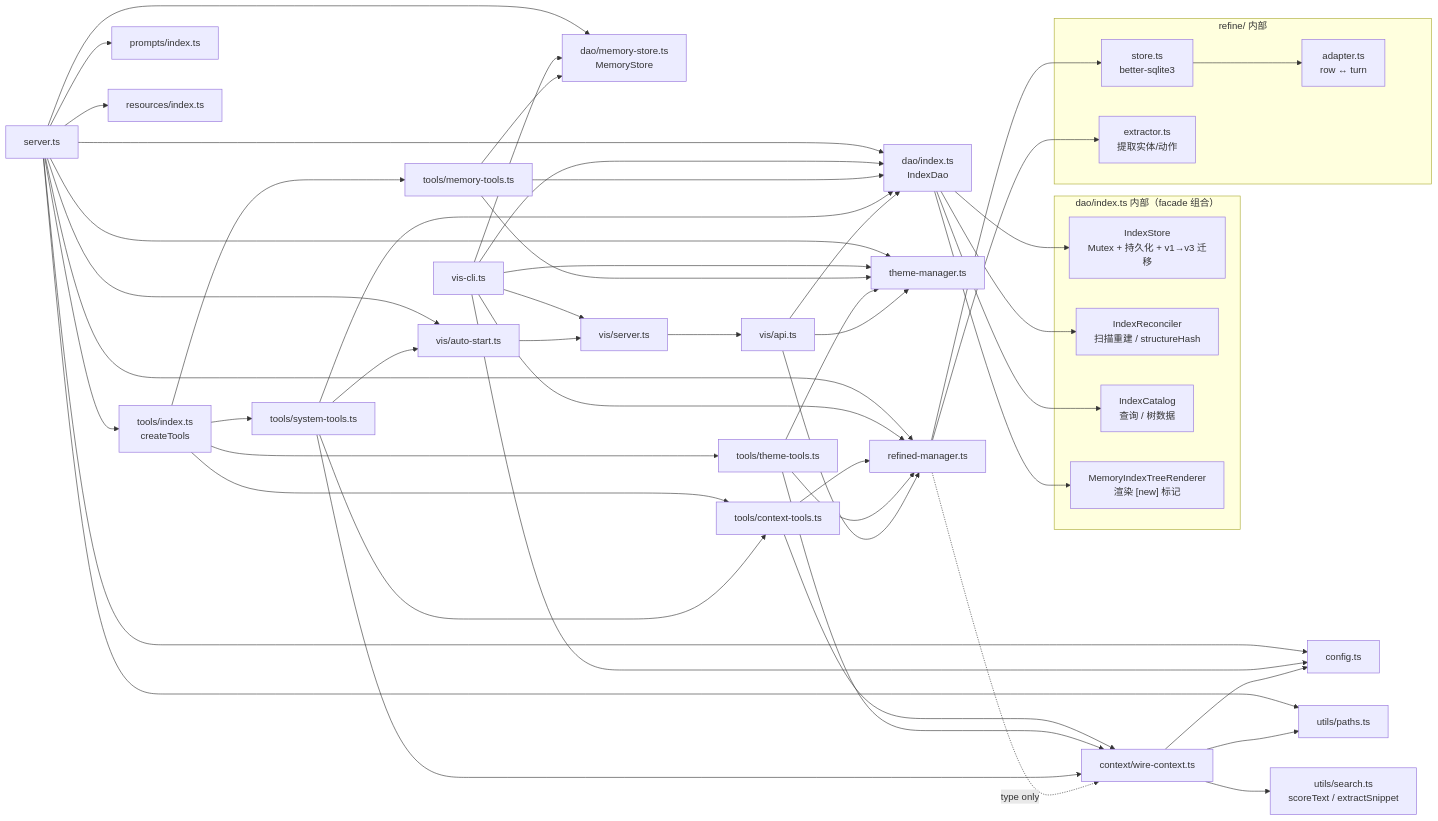
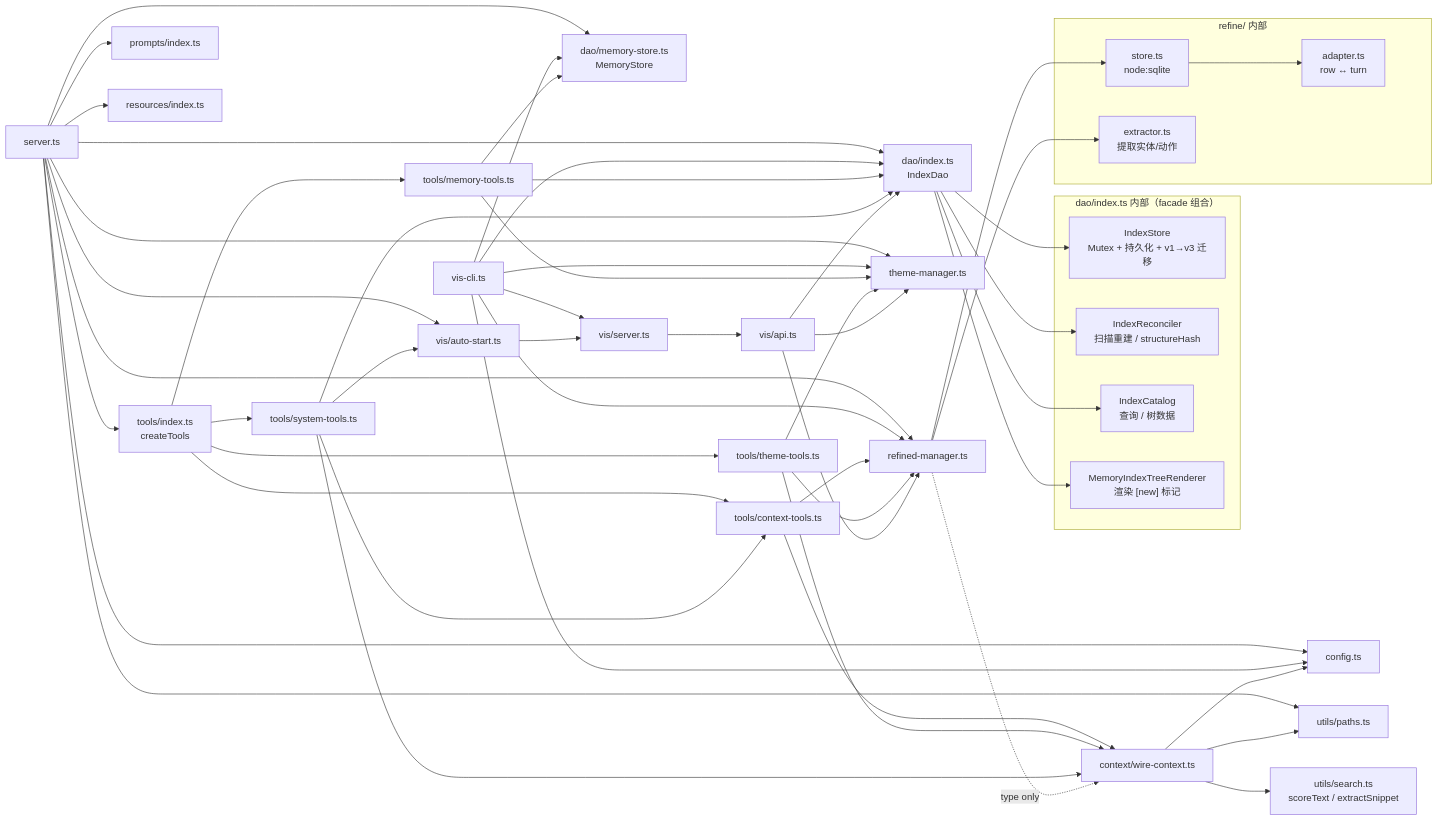
One commit to Zehee/kimi-code-memory-mcp-server changed the second of 15 diagrams in docs/flow-charts.zh-CN.md. Above: the diagram before and after it, drawn with Mermaid. The commit also changed other lines of this file and 7 other files, not shown here.

First line of the commit message:
feat(refine): migrate storage from better-sqlite3 to node:sqlite

````diff
--- a/docs/flow-charts.zh-CN.md
+++ b/docs/flow-charts.zh-CN.md
@@ -68,72 +68,72 @@
 ```mermaid
 graph LR
   SERVER["server.ts"]
   VISCLI["vis-cli.ts"]
 
   SERVER --> CFG["config.ts"]
   SERVER --> PATHS["utils/paths.ts"]
   SERVER --> IDX["dao/index.ts<br/>IndexDao"]
   SERVER --> MS["dao/memory-store.ts<br/>MemoryStore"]
   SERVER --> TM["theme-manager.ts"]
   SERVER --> RM["refined-manager.ts"]
   SERVER --> TI["tools/index.ts<br/>createTools"]
   SERVER --> PR["prompts/index.ts"]
   SERVER --> RS["resources/index.ts"]
   SERVER --> VA["vis/auto-start.ts"]
 
   VISCLI --> CFG
   VISCLI --> IDX
   VISCLI --> MS
   VISCLI --> TM
   VISCLI --> RM
   VISCLI --> VS["vis/server.ts"]
 
   TI --> MT["tools/memory-tools.ts"]
   TI --> CT["tools/context-tools.ts"]
   TI --> TT["tools/theme-tools.ts"]
   TI --> ST["tools/system-tools.ts"]
 
   MT --> MS
   MT --> IDX
   MT --> TM
   CT --> WIRE["context/wire-context.ts"]
   CT --> RM
   TT --> TM
   TT --> RM
   TT --> WIRE
   ST --> IDX
   ST --> CT
   ST --> WIRE
   ST --> VA
 
   subgraph DAO["dao/index.ts 内部（facade 组合）"]
     IS["IndexStore<br/>Mutex + 持久化 + v1→v3 迁移"]
     IR["IndexReconciler<br/>扫描重建 / structureHash"]
     IC["IndexCatalog<br/>查询 / 树数据"]
     IMR["MemoryIndexTreeRenderer<br/>渲染 [new] 标记"]
   end
   IDX --> IS
   IDX --> IR
   IDX --> IC
   IDX --> IMR
 
   subgraph RF["refine/ 内部"]
-    RS2["store.ts<br/>better-sqlite3"]
+    RS2["store.ts<br/>node:sqlite"]
     EX["extractor.ts<br/>提取实体/动作"]
     AD["adapter.ts<br/>row ↔ turn"]
   end
   RM --> RS2
   RM --> EX
   RS2 --> AD
 
   WIRE --> SEARCH["utils/search.ts<br/>scoreText / extractSnippet"]
   WIRE --> PATHS
   WIRE --> CFG
   RM -.type only.-> WIRE
 
   VA --> VS
   VS --> VAPI["vis/api.ts"]
   VAPI --> IDX
   VAPI --> TM
   VAPI --> RM
 ```
````
